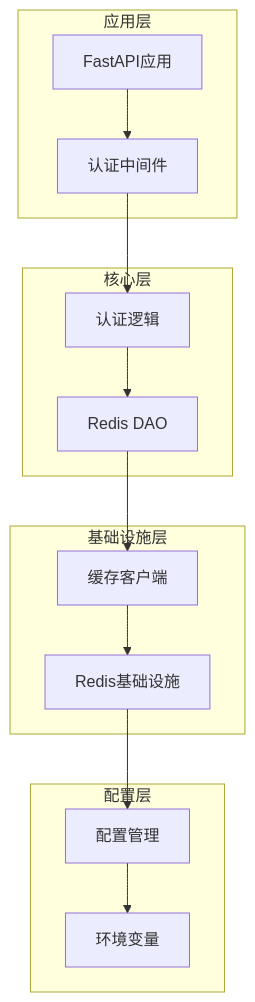
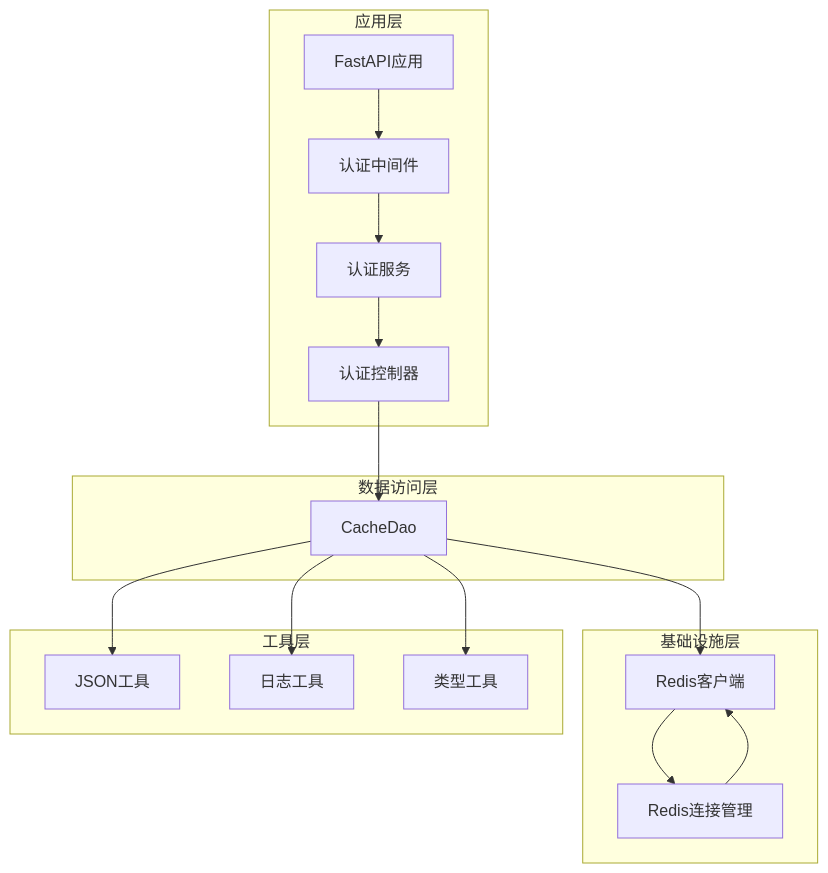
The first of 8 diagrams in .qoder/repowiki/zh/content/数据访问层/Redis数据访问对象.md (lilinzezzzzzz/fastapi-backend), drawn with Mermaid before and after one commit. The commit also changed other lines of this file and 42 other files, not shown here.

````diff
--- a/.qoder/repowiki/zh/content/数据访问层/Redis数据访问对象.md
+++ b/.qoder/repowiki/zh/content/数据访问层/Redis数据访问对象.md
@@ -44,26 +54,31 @@
 ```mermaid
 graph TB
 subgraph "应用层"
 APP[FastAPI应用]
 MIDDLEWARE[认证中间件]
+CONTROLLER[认证控制器]
+SERVICE[认证服务]
 end
-subgraph "核心层"
-AUTH[认证逻辑]
-DAO[Redis DAO]
+subgraph "数据访问层"
+DAO[CacheDao]
 end
 subgraph "基础设施层"
-INFRA[Redis基础设施]
-CACHE[缓存客户端]
+INFRA[Redis连接管理]
+CLIENT[Redis客户端]
 end
-subgraph "配置层"
-CONFIG[配置管理]
-ENV[环境变量]
+subgraph "工具层"
+JSON[JSON工具]
+LOGGER[日志工具]
+TYPES[类型工具]
 end
 APP --> MIDDLEWARE
-MIDDLEWARE --> AUTH
-AUTH --> DAO
-DAO --> CACHE
-CACHE --> INFRA
-INFRA --> CONFIG
-CONFIG --> ENV
+MIDDLEWARE --> SERVICE
+SERVICE --> CONTROLLER
+CONTROLLER --> DAO
+DAO --> CLIENT
+CLIENT --> INFRA
+DAO --> JSON
+DAO --> LOGGER
+DAO --> TYPES
+INFRA --> CLIENT
 ```
````
